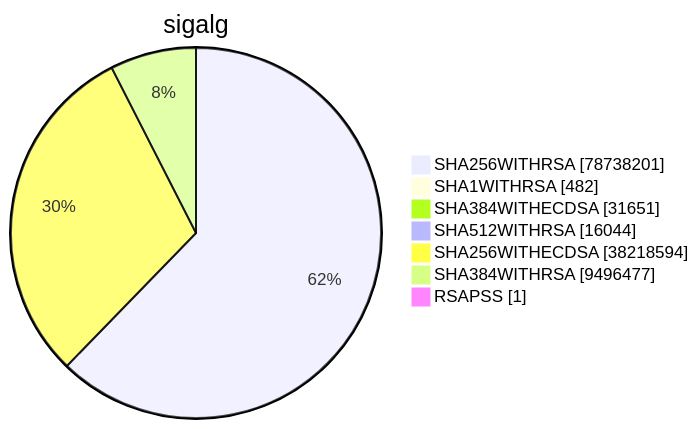
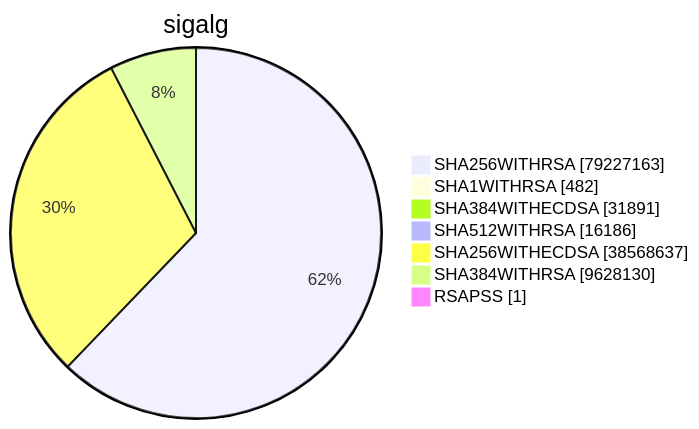
Diagram 15 of 15 in xenon2023/README.md (christiankrug/ctmonitor_visualization), drawn with Mermaid before and after one commit. The commit also changed other lines of this file, not shown here.

````diff
--- a/xenon2023/README.md
+++ b/xenon2023/README.md
@@ -4588,11 +4591,11 @@
 ```mermaid
 pie showData
 title sigalg
-"SHA256WITHRSA" :78738201
+"SHA256WITHRSA" :79227163
 "SHA1WITHRSA" :482
-"SHA384WITHECDSA" :31651
-"SHA512WITHRSA" :16044
-"SHA256WITHECDSA" :38218594
-"SHA384WITHRSA" :9496477
+"SHA384WITHECDSA" :31891
+"SHA512WITHRSA" :16186
+"SHA256WITHECDSA" :38568637
+"SHA384WITHRSA" :9628130
 "RSAPSS" :1
 ```
````
